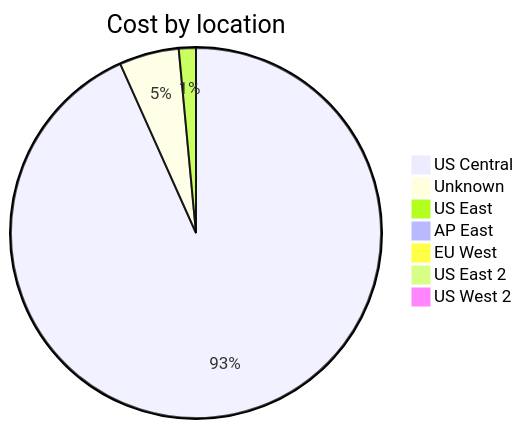
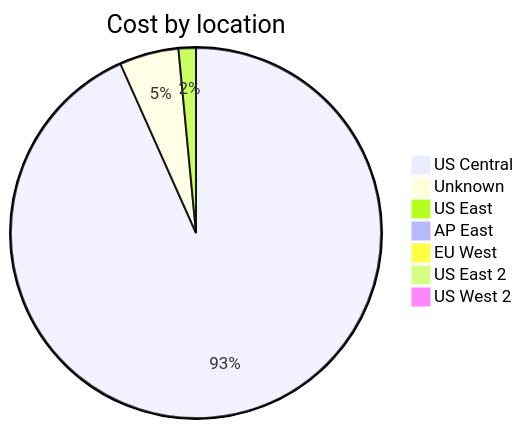
Before and after one commit to jpfulton/azure-personal-reports: the third of 4 diagrams in cost-reports/accumulated-cost.md, drawn with Mermaid. The commit also changed other lines of this file and 4 other files, not shown here.

````diff
--- a/cost-reports/accumulated-cost.md
+++ b/cost-reports/accumulated-cost.md
@@ -123,11 +123,11 @@
 ```mermaid
 pie
    title Cost by location
-   "US Central" : 10.02
-   "Unknown" : 0.56
-   "US East" : 0.16
+   "US Central" : 10.46
+   "Unknown" : 0.58
+   "US East" : 0.17
    "AP East" : 0.00
    "EU West" : 0.00
    "US East 2" : 0.00
    "US West 2" : 0.00
 ```
````
